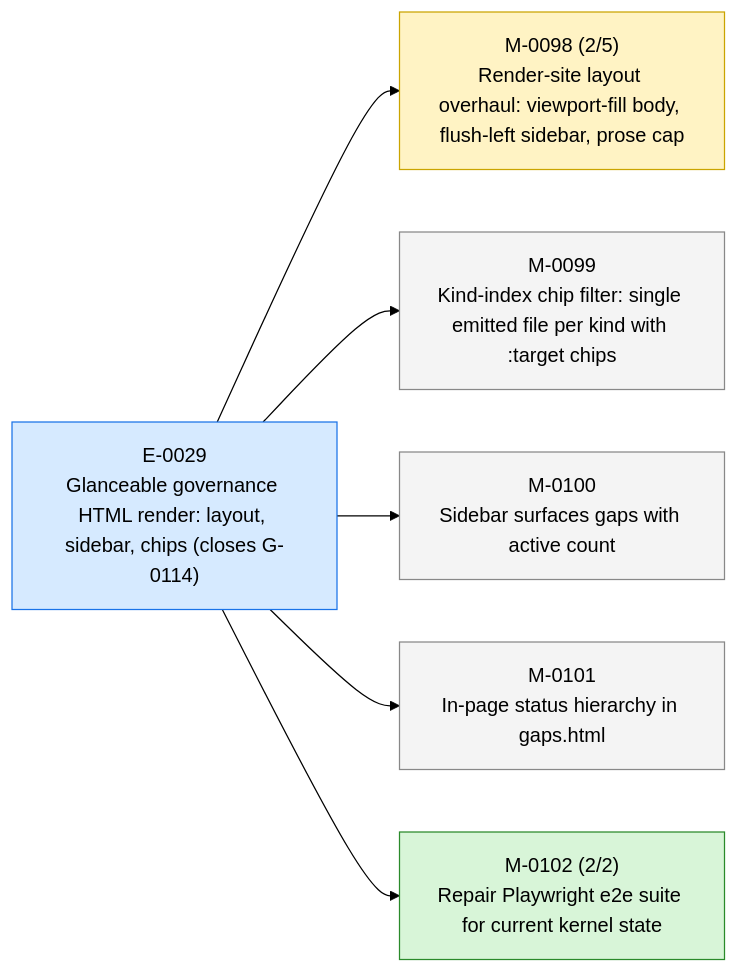
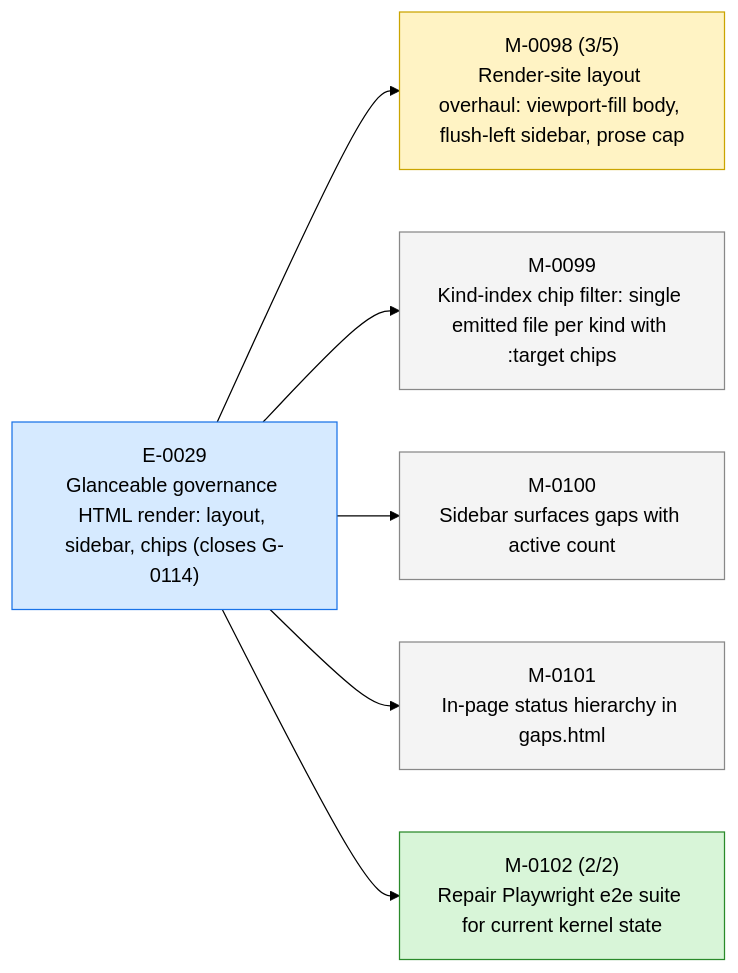
Before and after one commit to 23min/aiwf: the first of 3 diagrams in STATUS.md, drawn with Mermaid (forest theme). The commit also changed other lines of this file and 1 other file, not shown here.

````diff
--- a/STATUS.md
+++ b/STATUS.md
@@ -17,20 +17,20 @@
 ```mermaid
 flowchart LR
   E_0029["E-0029<br/>Glanceable governance HTML render: layout, sidebar, chips (closes G-0114)"]:::epic_active
-  M_0098["M-0098 (2/5)<br/>Render-site layout overhaul: viewport-fill body, flush-left sidebar, prose cap"]:::ms_in_progress
+  M_0098["M-0098 (3/5)<br/>Render-site layout overhaul: viewport-fill body, flush-left sidebar, prose cap"]:::ms_in_progress
   E_0029 --> M_0098
   M_0099["M-0099<br/>Kind-index chip filter: single emitted file per kind with :target chips"]:::ms_draft
   E_0029 --> M_0099
   M_0100["M-0100<br/>Sidebar surfaces gaps with active count"]:::ms_draft
   E_0029 --> M_0100
   M_0101["M-0101<br/>In-page status hierarchy in gaps.html"]:::ms_draft
   E_0029 --> M_0101
   M_0102["M-0102 (2/2)<br/>Repair Playwright e2e suite for current kernel state"]:::ms_done
   E_0029 --> M_0102
   classDef epic_active fill:#d6eaff,stroke:#1a73e8,color:#000
   classDef epic_proposed fill:#f4f4f4,stroke:#888,color:#000
   classDef ms_done fill:#d8f5d8,stroke:#2a8a2a,color:#000
   classDef ms_in_progress fill:#fff3c4,stroke:#caa400,color:#000
   classDef ms_draft fill:#f4f4f4,stroke:#888,color:#000
   classDef ms_cancelled fill:#fbeaea,stroke:#c33,color:#000
 ```
````
